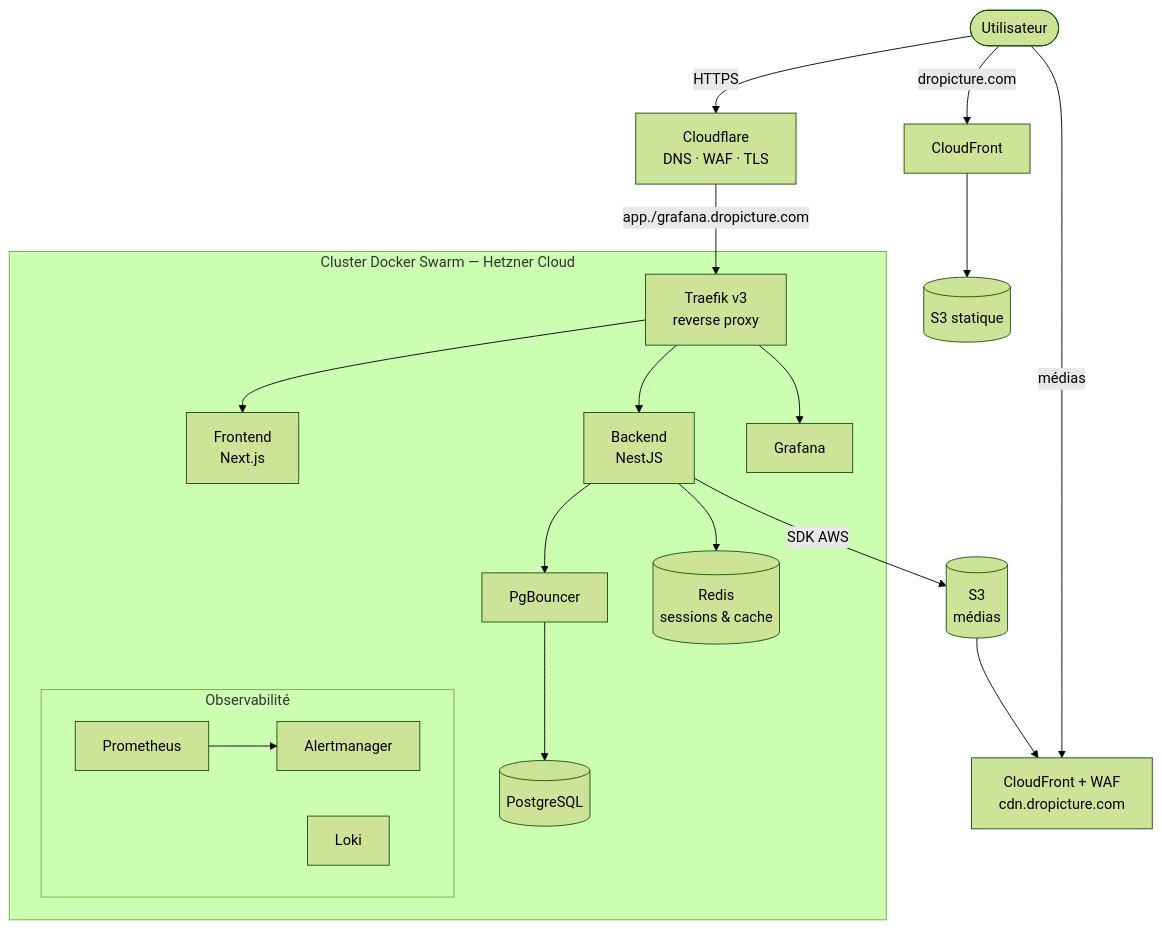
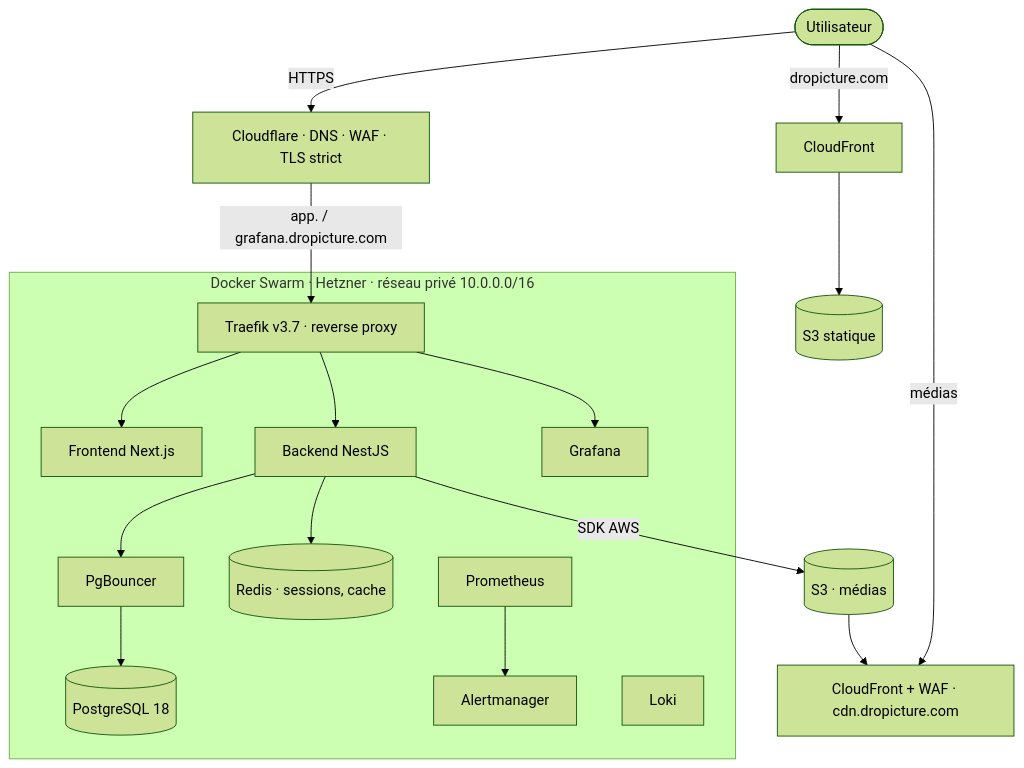
One commit to redjem-amir/dropicture changed the diagram in README.md. Above: the diagram before and after it, drawn with Mermaid (forest theme). The commit also changed other lines of this file and 31 other files, not shown here.

````diff
--- a/README.md
+++ b/README.md
@@ -36,24 +36,20 @@
 ```mermaid
 flowchart TB
-    User([Utilisateur]) -->|HTTPS| CF[Cloudflare<br/>DNS · WAF · TLS]
-    CF -->|app./grafana.dropicture.com| Traefik[Traefik v3<br/>reverse proxy]
+    User([Utilisateur]) -->|HTTPS| CF[Cloudflare · DNS · WAF · TLS strict]
+    CF -->|app. / grafana.dropicture.com| Traefik[Traefik v3.7 · reverse proxy]
 
-    subgraph Swarm["Cluster Docker Swarm — Hetzner Cloud"]
-        Traefik --> FE[Frontend<br/>Next.js]
-        Traefik --> BE[Backend<br/>NestJS]
+    subgraph Swarm["Docker Swarm · Hetzner · réseau privé 10.0.0.0/16"]
+        Traefik --> FE[Frontend Next.js]
+        Traefik --> BE[Backend NestJS]
         Traefik --> GRAF[Grafana]
-        BE --> PGB[PgBouncer] --> PG[(PostgreSQL)]
-        BE --> RDS[(Redis<br/>sessions & cache)]
-        subgraph Obs["Observabilité"]
-            PROM[Prometheus] --> AM[Alertmanager]
-            LOKI[Loki]
-        end
+        BE --> PGB[PgBouncer] --> PG[(PostgreSQL 18)]
+        BE --> RDS[(Redis · sessions, cache)]
+        PROM[Prometheus] --> AM[Alertmanager]
+        LOKI[Loki]
     end
 
-    BE -->|SDK AWS| S3[(S3<br/>médias)]
-    S3 --> CFRONT[CloudFront + WAF<br/>cdn.dropicture.com]
+    BE -->|SDK AWS| S3[(S3 · médias)]
+    S3 --> CFRONT[CloudFront + WAF · cdn.dropicture.com]
     User -->|médias| CFRONT
-
-    CFsite[CloudFront] --> S3site[(S3 statique)]
-    User -->|dropicture.com| CFsite
+    User -->|dropicture.com| CFsite[CloudFront] --> S3site[(S3 statique)]
 ```
````
